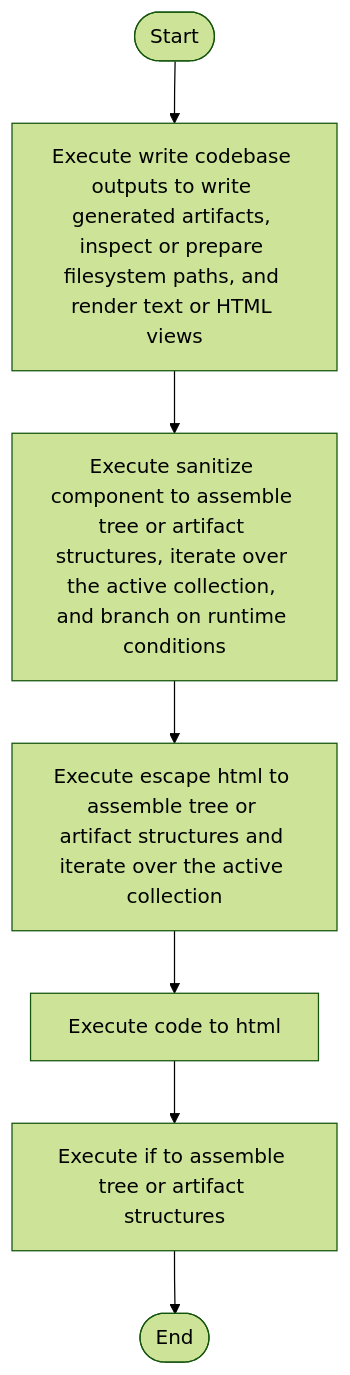
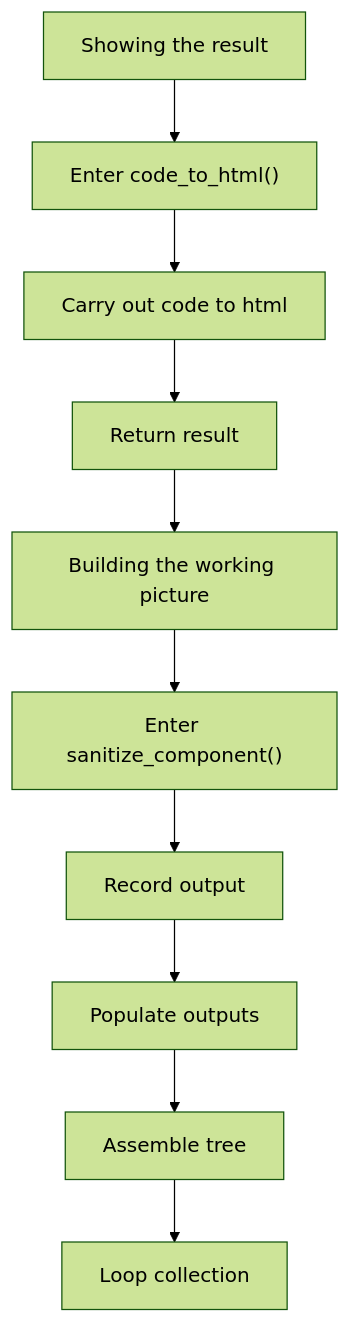
One commit to JohnAndrewBalbarosa/NeoTerritory changed the second of 10 diagrams in docs/Codebase/Microservice/Modules/Source/SyntacticBrokenAST/Output-and-Rendering/codebase_output_writer.cpp.md. Above: the diagram before and after it, drawn with Mermaid (forest theme). The commit also changed other lines of this file and 752 other files, not shown here.

````diff
--- a/docs/Codebase/Microservice/Modules/Source/SyntacticBrokenAST/Output-and-Rendering/codebase_output_writer.cpp.md
+++ b/docs/Codebase/Microservice/Modules/Source/SyntacticBrokenAST/Output-and-Rendering/codebase_output_writer.cpp.md
@@ -40,16 +49,22 @@
 ```mermaid
 flowchart TD
-    Start([Start])
-    N0[Execute write codebase outputs to write generated artifacts, inspect or prepare filesystem paths, and render text or HTML views]
-    N1[Execute sanitize component to assemble tree or artifact structures, iterate over the active collection, and branch on runtime conditions]
-    N2[Execute escape html to assemble tree or artifact structures and iterate over the active collection]
-    N3[Execute code to html]
-    N4[Execute if to assemble tree or artifact structures]
-    End([End])
-    Start --> N0
+    N0["Showing the result"]
+    N1["Enter code_to_html()"]
+    N2["Carry out code to html"]
+    N3["Return result"]
+    N4["Building the working picture"]
+    N5["Enter sanitize_component()"]
+    N6["Record output"]
+    N7["Populate outputs"]
+    N8["Assemble tree"]
+    N9["Loop collection"]
     N0 --> N1
     N1 --> N2
     N2 --> N3
     N3 --> N4
-    N4 --> End
+    N4 --> N5
+    N5 --> N6
+    N6 --> N7
+    N7 --> N8
+    N8 --> N9
 ```
````
